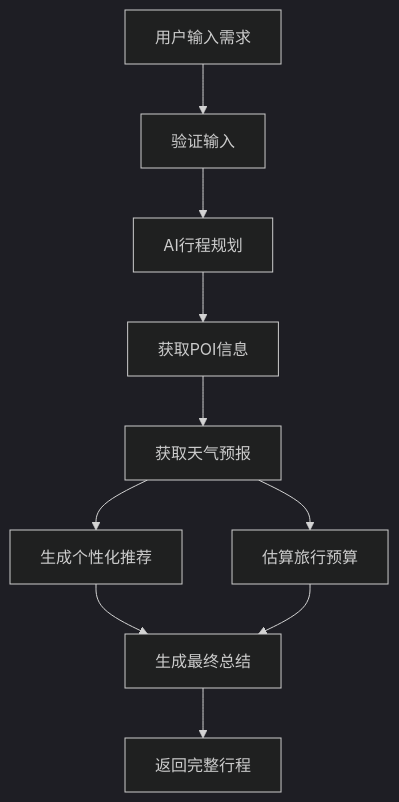
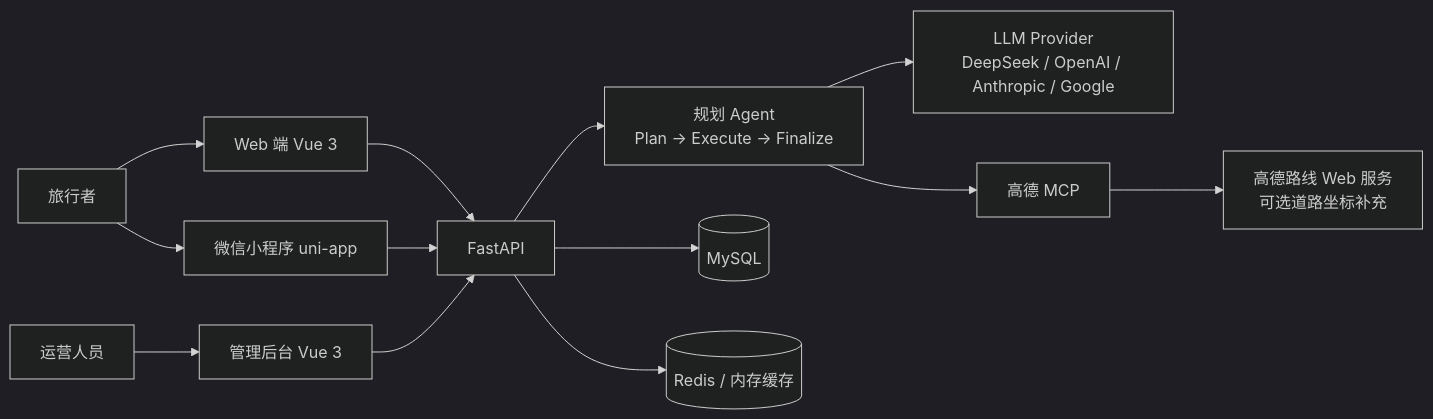
The diagram in README.md (xg-debug/ai-travel-planner), drawn with Mermaid (dark theme) before and after one commit. The commit also changed other lines of this file and 91 other files, not shown here.

````diff
--- a/README.md
+++ b/README.md
@@ -260,12 +65,15 @@
 ```mermaid
-graph TD
-    A[用户输入需求] --> B[验证输入]
-    B --> C[AI行程规划]
-    C --> D[获取POI信息]
-    D --> E[获取天气预报]
-    E --> F[生成个性化推荐]
-    E --> G[估算旅行预算]
-    F --> H[生成最终总结]
-    G --> H
-    H --> I[返回完整行程]
+flowchart LR
+    U[旅行者] --> W[Web 端 Vue 3]
+    U --> M[微信小程序 uni-app]
+    A[运营人员] --> C[管理后台 Vue 3]
+    W --> B[FastAPI]
+    M --> B
+    C --> B
+    B --> P[规划 Agent<br/>Plan → Execute → Finalize]
+    P --> L[LLM Provider<br/>DeepSeek / OpenAI / Anthropic / Google]
+    P --> G[高德 MCP]
+    G --> R[高德路线 Web 服务<br/>可选道路坐标补充]
+    B --> D[(MySQL)]
+    B --> K[(Redis / 内存缓存)]
 ```
````
